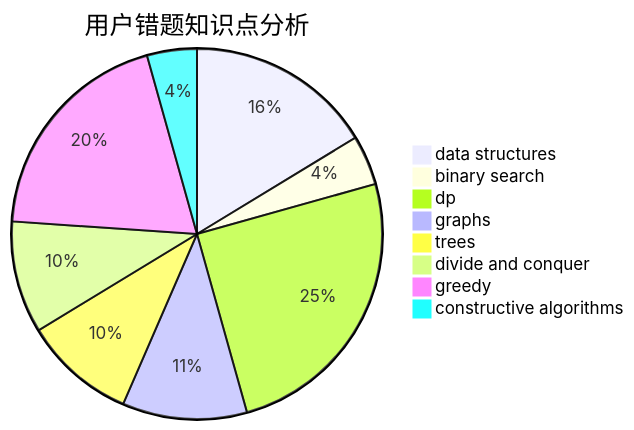
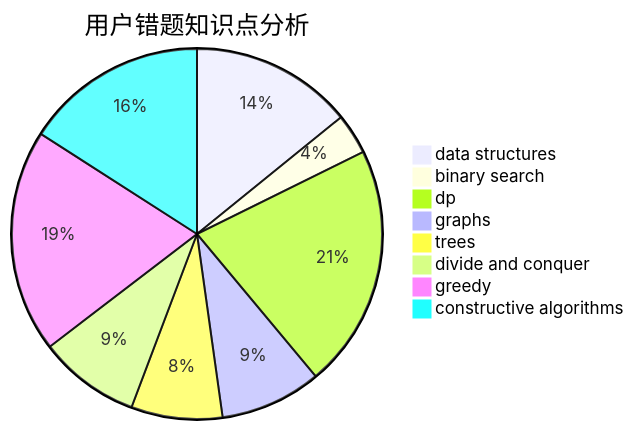
One commit to sherpahu/cfrs.github.io changed the third of 3 diagrams in docs/user/u2236.md. Above: the diagram before and after it, drawn with Mermaid. The commit also changed other lines of this file and 2770 other files, not shown here.

````diff
--- a/docs/user/u2236.md
+++ b/docs/user/u2236.md
@@ -36,11 +36,11 @@
 ```mermaid
 pie title 用户错题知识点分析
-    "data structures" :  15
+    "data structures" :  16
     "binary search" :  4
-    "dp" :  23
+    "dp" :  24
     "graphs" :  10
     "trees" :  9
-    "divide and conquer" :  9
-    "greedy" :  18
-    "constructive algorithms" :  4
+    "divide and conquer" :  10
+    "greedy" :  22
+    "constructive algorithms" :  18
 ```
````
